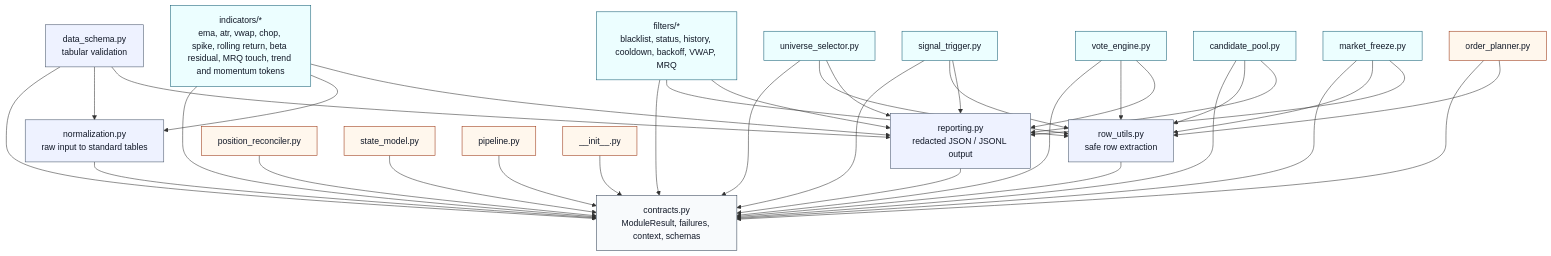
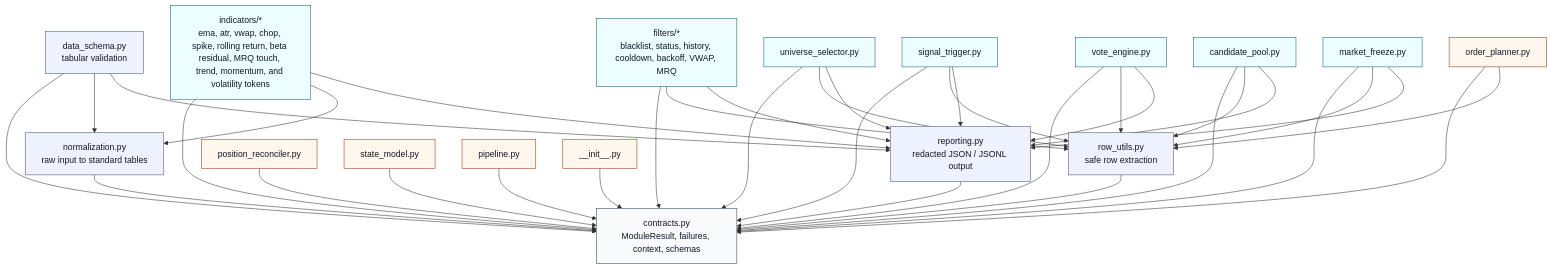
Before and after one commit to waswrsis/quant-strategy-tokenizer: the second of 2 diagrams in README.md, drawn with Mermaid. The commit also changed other lines of this file and 41 other files, not shown here.

Commit message:
Add volatility indicator tokens

````diff
--- a/README.md
+++ b/README.md
@@ -149,77 +150,77 @@
 ```mermaid
 flowchart TD
     Contracts["contracts.py<br/>ModuleResult, failures, context, schemas"]
 
     Normalization["normalization.py<br/>raw input to standard tables"]
     RowUtils["row_utils.py<br/>safe row extraction"]
     Reporting["reporting.py<br/>redacted JSON / JSONL output"]
     DataSchema["data_schema.py<br/>tabular validation"]
 
-    Indicators["indicators/*<br/>ema, atr, vwap, chop, spike, rolling return, beta residual, MRQ touch, trend and momentum tokens"]
+    Indicators["indicators/*<br/>ema, atr, vwap, chop, spike, rolling return, beta residual, MRQ touch, trend, momentum, and volatility tokens"]
     Filters["filters/*<br/>blacklist, status, history, cooldown, backoff, VWAP, MRQ"]
 
     Universe["universe_selector.py"]
     Signals["signal_trigger.py"]
     Votes["vote_engine.py"]
     Candidates["candidate_pool.py"]
     Freeze["market_freeze.py"]
 
     Orders["order_planner.py"]
     Positions["position_reconciler.py"]
     State["state_model.py"]
     Pipeline["pipeline.py"]
     PublicAPI["__init__.py"]
 
     PublicAPI --> Contracts
 
     Normalization --> Contracts
     RowUtils --> Contracts
     Reporting --> Contracts
     DataSchema --> Contracts
     DataSchema --> Normalization
     DataSchema --> Reporting
 
     Indicators --> Contracts
     Indicators --> Normalization
     Indicators --> Reporting
 
     Filters --> Contracts
     Filters --> RowUtils
     Filters --> Reporting
 
     Universe --> Contracts
     Universe --> RowUtils
     Universe --> Reporting
 
     Signals --> Contracts
     Signals --> RowUtils
     Signals --> Reporting
 
     Votes --> Contracts
     Votes --> RowUtils
     Votes --> Reporting
 
     Candidates --> Contracts
     Candidates --> RowUtils
     Candidates --> Reporting
 
     Freeze --> Contracts
     Freeze --> RowUtils
     Freeze --> Reporting
 
     Orders --> Contracts
     Orders --> RowUtils
     Positions --> Contracts
     State --> Contracts
     Pipeline --> Contracts
 
     classDef core fill:#f8fafc,stroke:#334155,color:#111827;
     classDef helper fill:#eef2ff,stroke:#475569,color:#111827;
     classDef module fill:#ecfeff,stroke:#155e75,color:#111827;
     classDef plan fill:#fff7ed,stroke:#9a3412,color:#111827;
 
     class Contracts core;
     class Normalization,RowUtils,Reporting,DataSchema helper;
     class Indicators,Filters,Universe,Signals,Votes,Candidates,Freeze module;
     class Orders,Positions,State,Pipeline,PublicAPI plan;
 ```
````
